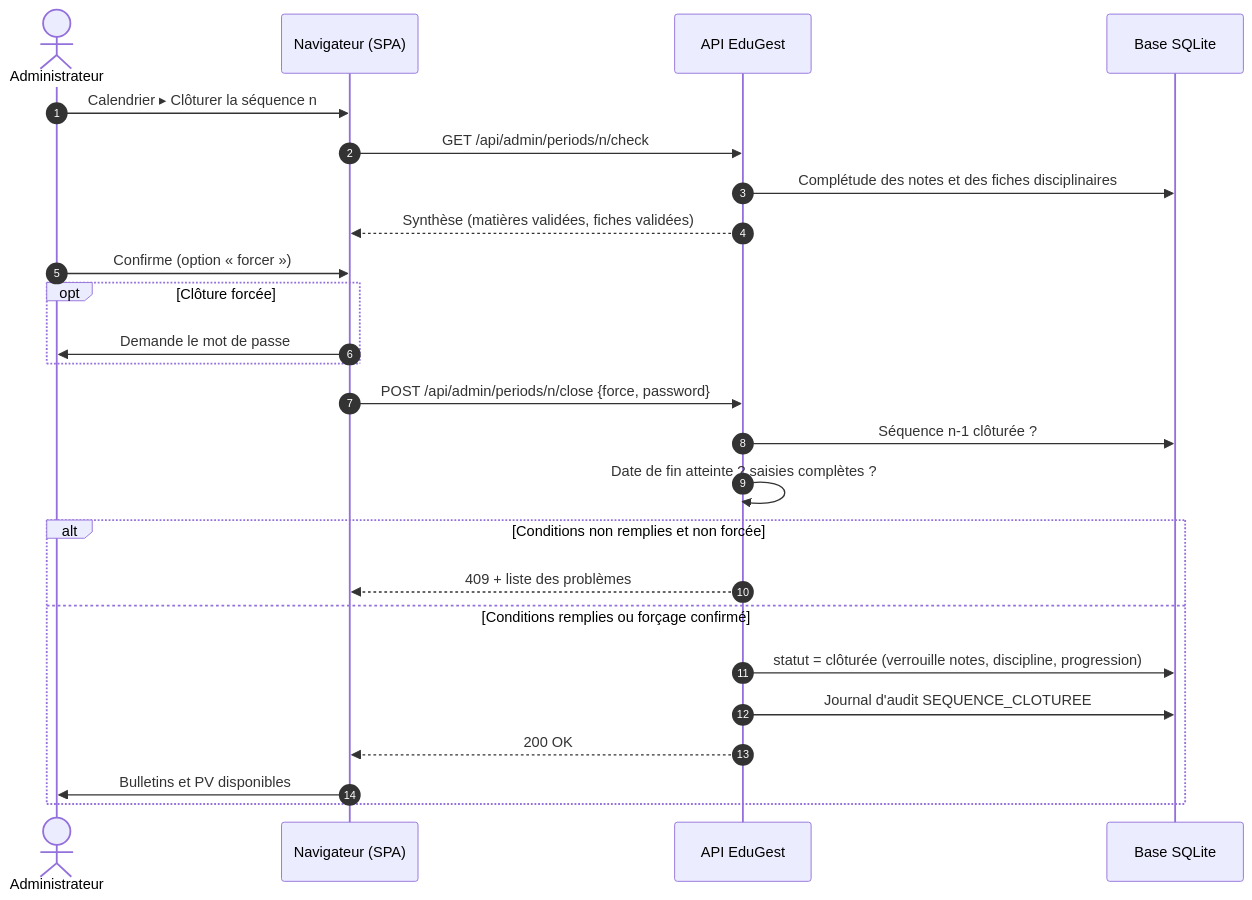
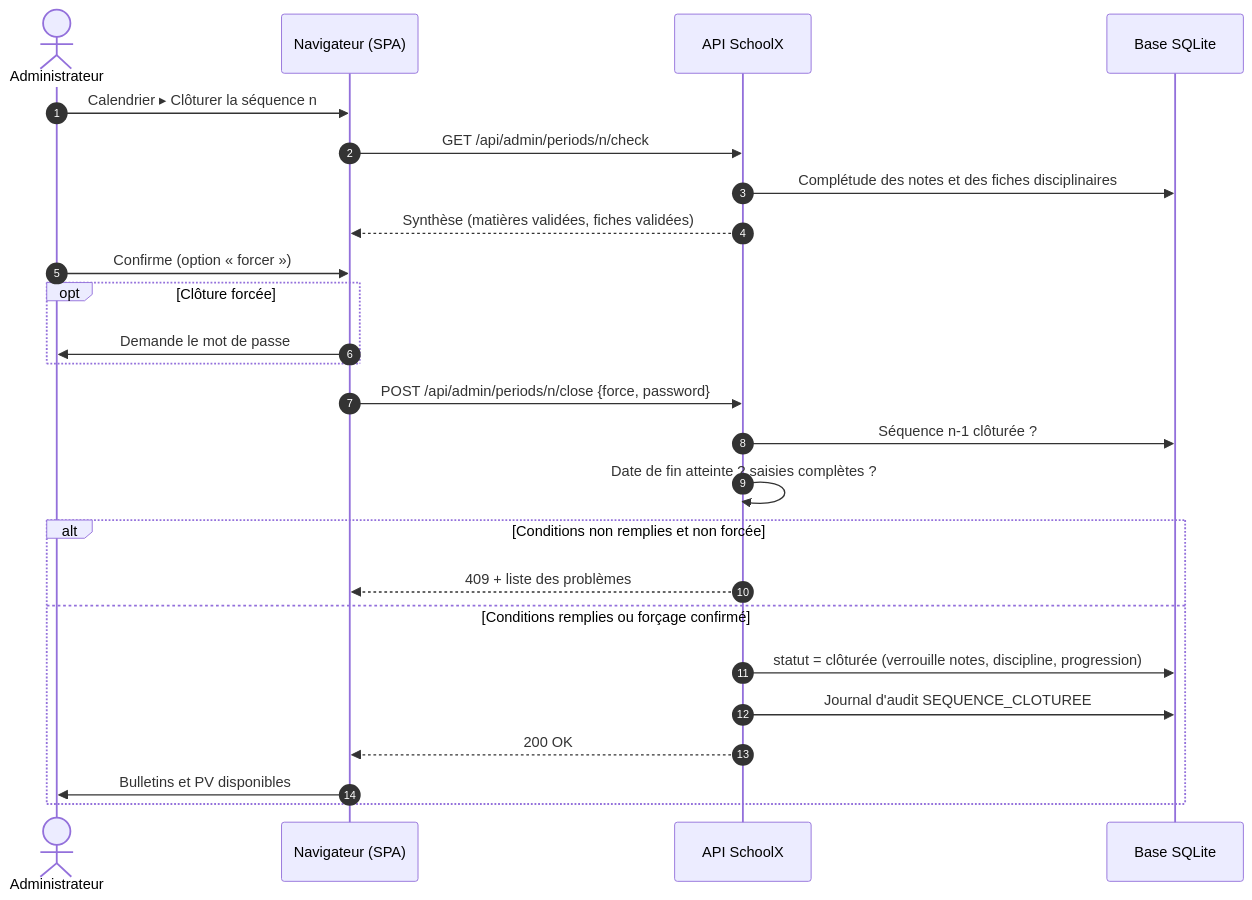
Before and after one commit to ANDJE30/MY_WORLD: the diagram in docs/uml/06_seq_cloture.mmd, drawn with Mermaid. The commit also changed 155 other files, not shown here.

```diff
--- a/docs/uml/06_seq_cloture.mmd
+++ b/docs/uml/06_seq_cloture.mmd
@@ -1,25 +1,25 @@
 sequenceDiagram
   autonumber
   actor A as Administrateur
   participant N as Navigateur (SPA)
-  participant API as API EduGest
+  participant API as API SchoolX
   participant DB as Base SQLite
   A->>N: Calendrier ▸ Clôturer la séquence n
   N->>API: GET /api/admin/periods/n/check
   API->>DB: Complétude des notes et des fiches disciplinaires
   API-->>N: Synthèse (matières validées, fiches validées)
   A->>N: Confirme (option « forcer »)
   opt Clôture forcée
     N->>A: Demande le mot de passe
   end
   N->>API: POST /api/admin/periods/n/close {force, password}
   API->>DB: Séquence n-1 clôturée ?
   API->>API: Date de fin atteinte ? saisies complètes ?
   alt Conditions non remplies et non forcée
     API-->>N: 409 + liste des problèmes
   else Conditions remplies ou forçage confirmé
     API->>DB: statut = clôturée (verrouille notes, discipline, progression)
     API->>DB: Journal d'audit SEQUENCE_CLOTUREE
     API-->>N: 200 OK
     N->>A: Bulletins et PV disponibles
   end
```
